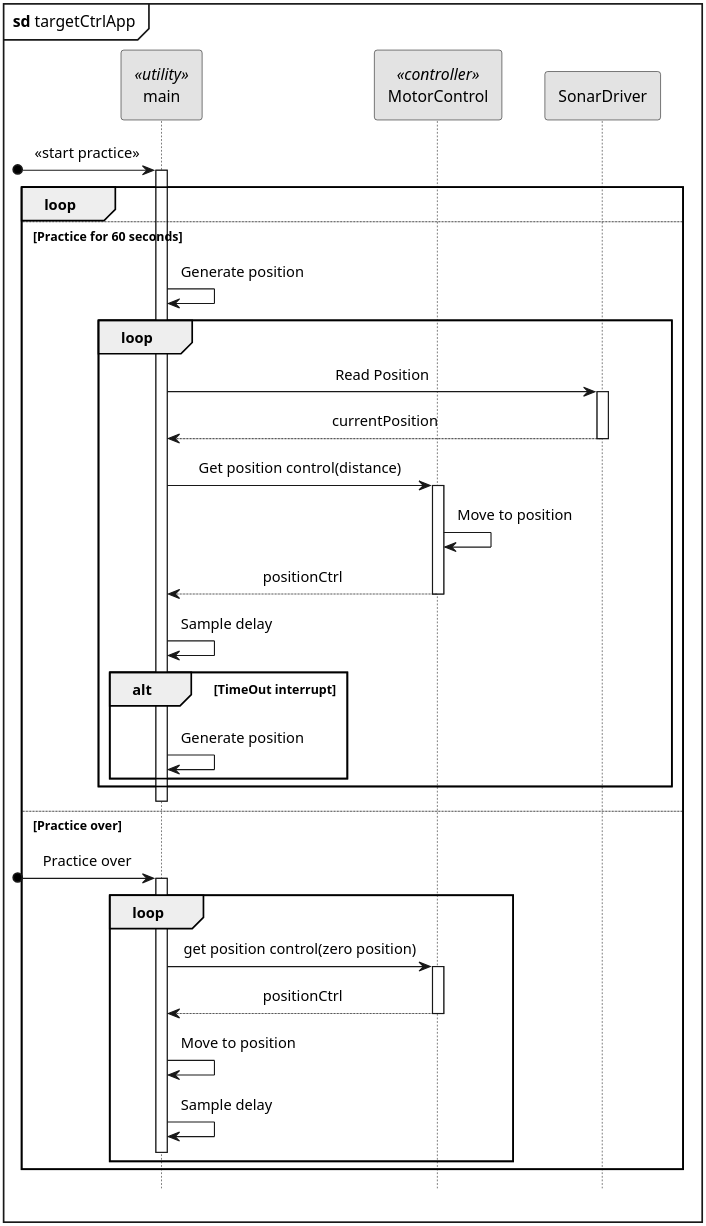
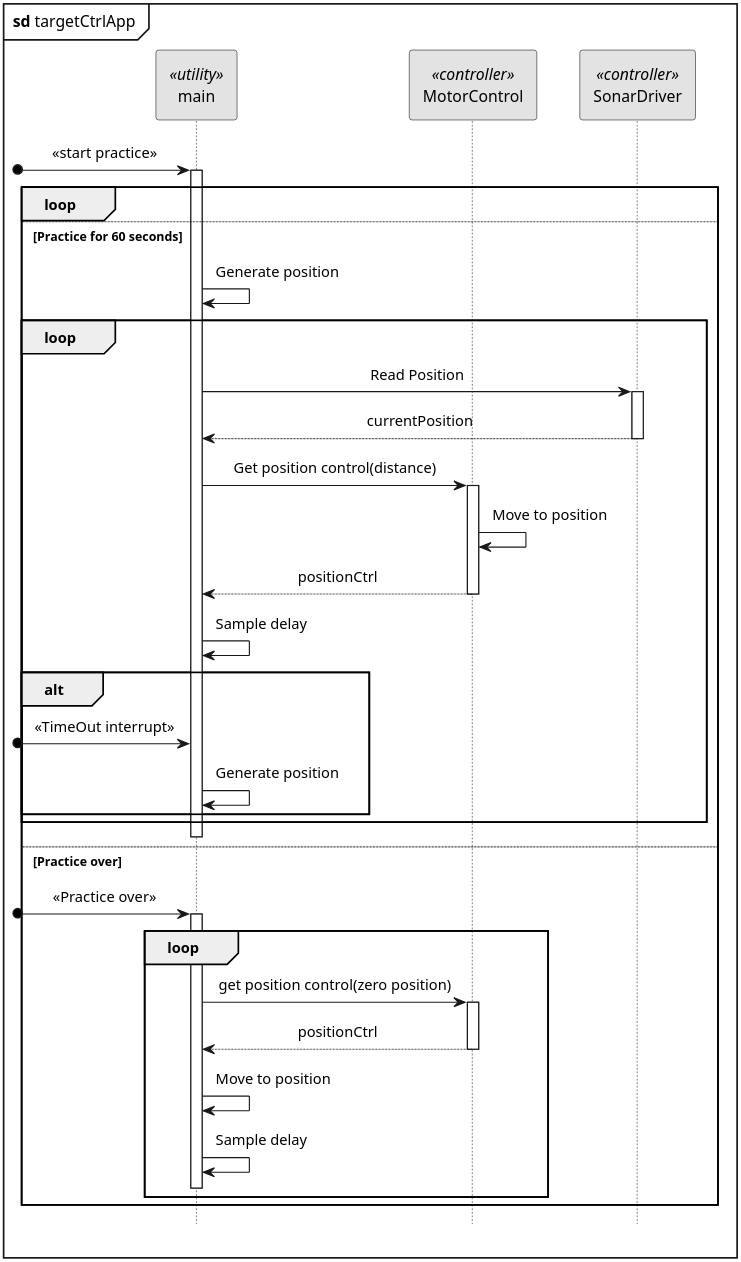
Before and after one commit to LasseKrarup/Laser-Tag-Project: the diagram in PlantUML/src/targetCtrlApp_sd.plantuml, drawn with PlantUML. The commit also changed 1 other file, not shown here.

```diff
--- a/PlantUML/src/targetCtrlApp_sd.plantuml
+++ b/PlantUML/src/targetCtrlApp_sd.plantuml
@@ -1,67 +1,68 @@
 @startuml targetCtrlApp_sd
 
 hide footbox
 
 skinparam {
     monochrome true
     dpi 300
     padding 5
     sequenceMessageAlign center
     packageStyle frame
     shadowing false
     'backgroundColor transparent
 }
 
 mainframe **sd** targetCtrlApp
 
 participant main <<utility>>
 participant MotorControl <<controller>>
-participant SonarDriver
+participant SonarDriver <<controller>>
 
 [o-> main: <<start practice>>
 activate main
 
 loop
     else Practice for 60 seconds
     main -> main: Generate position
     loop
         main -> SonarDriver: Read Position
         activate SonarDriver
         return currentPosition
         deactivate SonarDriver
         main -> MotorControl: Get position control(distance)
         activate MotorControl
         MotorControl -> MotorControl: Move to position
         return positionCtrl
         deactivate MotorControl
         main -> main: Sample delay
 
-        alt TimeOut interrupt
+        alt 
+            [o-> main: <<TimeOut interrupt>>
             main -> main: Generate position
 
         end
     end
     MotorControl -[hidden]> main
 
     deactivate main
 
 
 
     else Practice over
     
-    [o-> main: Practice over
+    [o-> main: <<Practice over>>
     activate main
     loop
         main -> MotorControl: get position control(zero position)
         activate MotorControl
         return positionCtrl
         deactivate MotorControl
         main -> main: Move to position
         main -> main: Sample delay
         MotorControl -[hidden]> main
         deactivate MotorControl
         deactivate main
     end
 end
 
 @enduml
```
